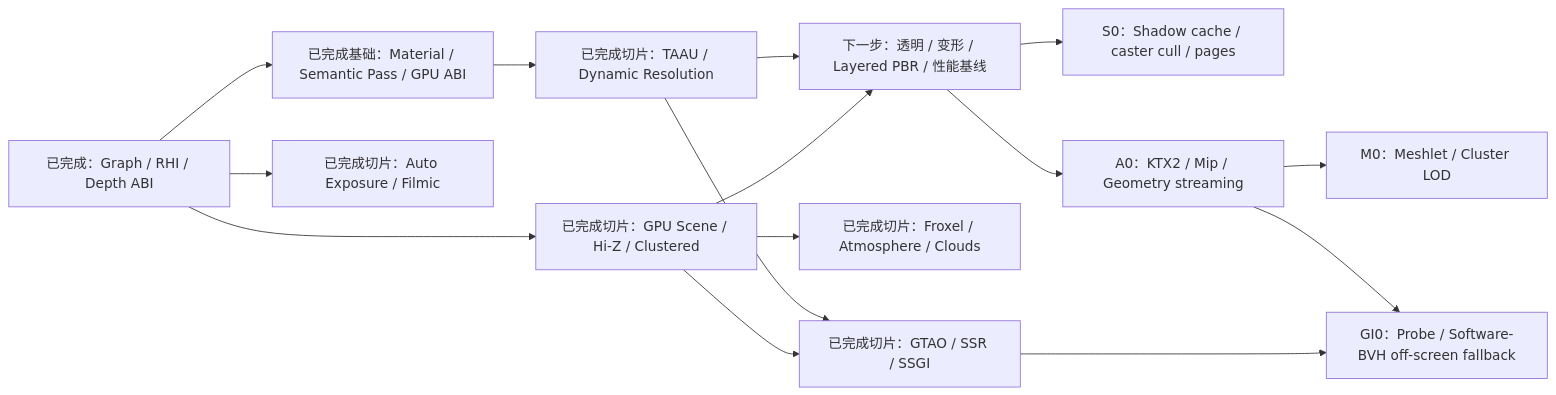
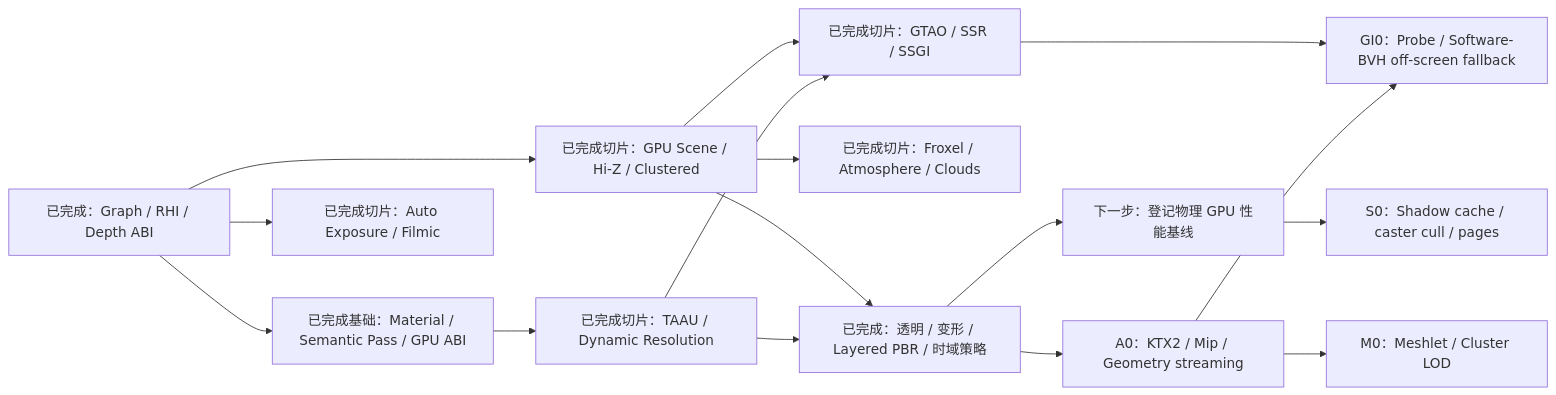
The first of 3 diagrams in documentation/MODERN_WEBGPU_RENDERING_ROADMAP.md (hiloteam/Hilo3d), drawn with Mermaid before and after one commit. The commit also changed other lines of this file and 49 other files, not shown here.

````diff
--- a/documentation/MODERN_WEBGPU_RENDERING_ROADMAP.md
+++ b/documentation/MODERN_WEBGPU_RENDERING_ROADMAP.md
@@ -40,17 +41,18 @@
 ```mermaid
 flowchart LR
   F["已完成：Graph / RHI / Depth ABI"] --> G["已完成切片：GPU Scene / Hi-Z / Clustered"]
   F --> MAT["已完成基础：Material / Semantic Pass / GPU ABI"]
   MAT --> T["已完成切片：TAAU / Dynamic Resolution"]
   G --> Q["已完成切片：GTAO / SSR / SSGI"]
   T --> Q
   F --> E["已完成切片：Auto Exposure / Filmic"]
   G --> V["已完成切片：Froxel / Atmosphere / Clouds"]
-  G --> P0["下一步：透明 / 变形 / Layered PBR / 性能基线"]
+  G --> P0["已完成：透明 / 变形 / Layered PBR / 时域策略"]
   T --> P0
-  P0 --> S["S0：Shadow cache / caster cull / pages"]
+  P0 --> PERF["下一步：登记物理 GPU 性能基线"]
+  PERF --> S["S0：Shadow cache / caster cull / pages"]
   P0 --> A["A0：KTX2 / Mip / Geometry streaming"]
   A --> M["M0：Meshlet / Cluster LOD"]
   Q --> GI["GI0：Probe / Software-BVH off-screen fallback"]
   A --> GI
 ```
````
